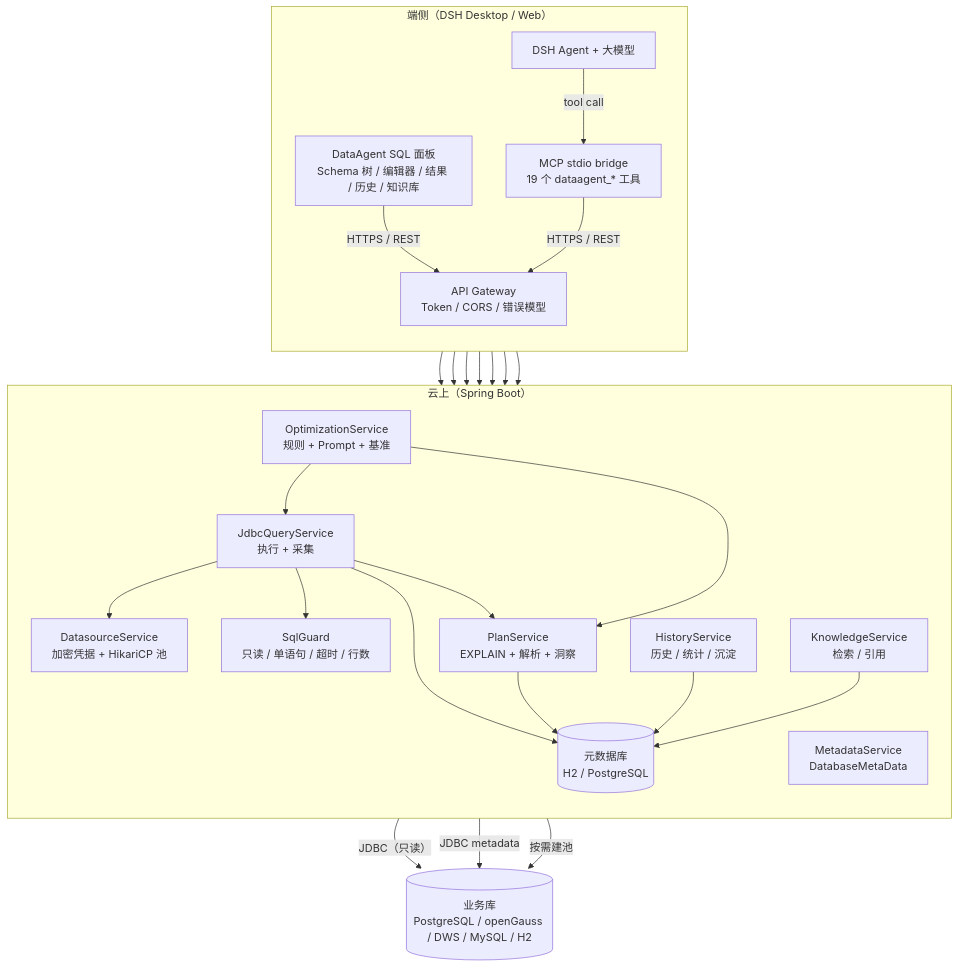
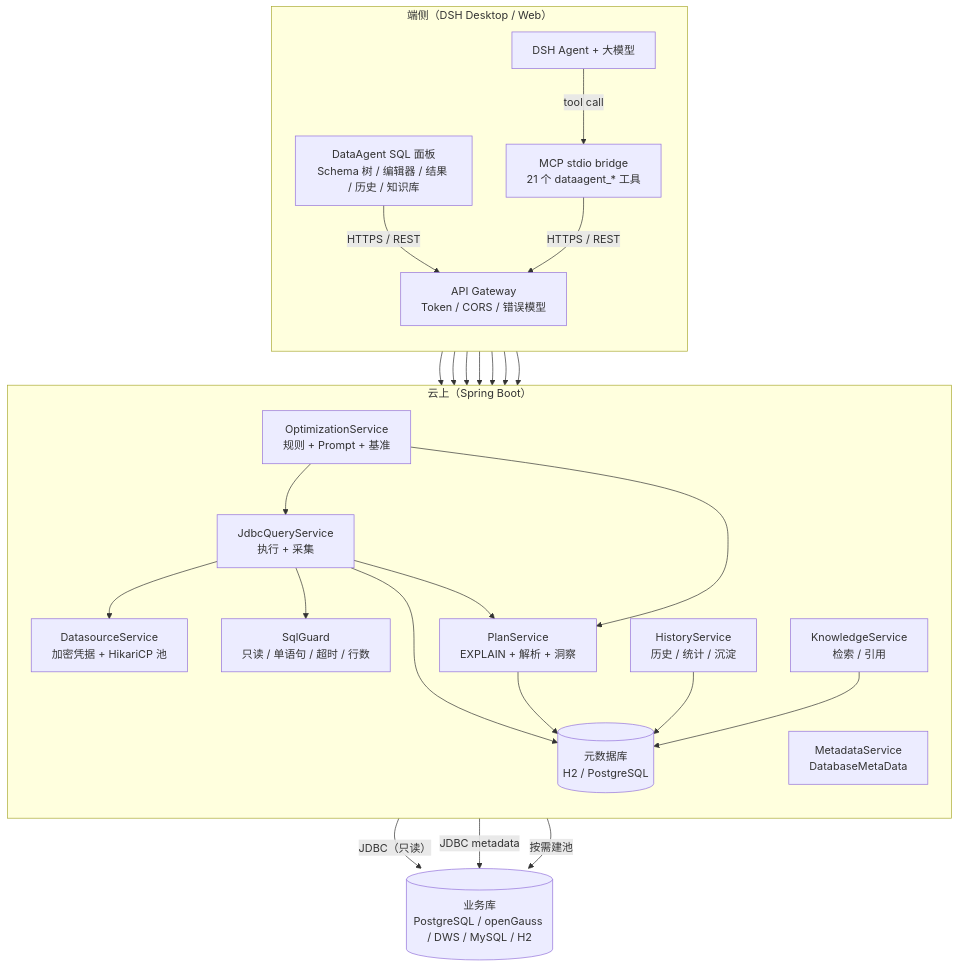
Before and after one commit to whllowp/DataAgent: the first of 6 diagrams in docs/ARCHITECTURE.md, drawn with Mermaid. The commit also changed other lines of this file and 29 other files, not shown here.

````diff
--- a/docs/ARCHITECTURE.md
+++ b/docs/ARCHITECTURE.md
@@ -25,47 +25,47 @@
 ```mermaid
 flowchart TB
   subgraph Edge["端侧（DSH Desktop / Web）"]
     direction TB
     Panel["DataAgent SQL 面板<br/>Schema 树 / 编辑器 / 结果 / 历史 / 知识库"]
     DSH["DSH Agent + 大模型"]
-    MCP["MCP stdio bridge<br/>19 个 dataagent_* 工具"]
+    MCP["MCP stdio bridge<br/>21 个 dataagent_* 工具"]
     Panel -->|"HTTPS / REST"| Gateway
     DSH -->|"tool call"| MCP
     MCP -->|"HTTPS / REST"| Gateway
   end
 
   subgraph Cloud["云上（Spring Boot）"]
     direction TB
     Gateway["API Gateway<br/>Token / CORS / 错误模型"]
     DS["DatasourceService<br/>加密凭据 + HikariCP 池"]
     Meta["MetadataService<br/>DatabaseMetaData"]
     Guard["SqlGuard<br/>只读 / 单语句 / 超时 / 行数"]
     Exec["JdbcQueryService<br/>执行 + 采集"]
     Plan["PlanService<br/>EXPLAIN + 解析 + 洞察"]
     Hist["HistoryService<br/>历史 / 统计 / 沉淀"]
     KB["KnowledgeService<br/>检索 / 引用"]
     Opt["OptimizationService<br/>规则 + Prompt + 基准"]
     Store[("元数据库<br/>H2 / PostgreSQL")]
     Gateway --> DS
     Gateway --> Meta
     Gateway --> Guard
     Gateway --> Exec
     Gateway --> Hist
     Gateway --> KB
     Gateway --> Opt
     Exec --> Guard
     Exec --> DS
     Exec --> Plan
     Exec --> Store
     Plan --> Store
     Hist --> Store
     KB --> Store
     Opt --> Exec
     Opt --> Plan
   end
 
   DB[("业务库<br/>PostgreSQL / openGauss / DWS / MySQL / H2")]
   Exec -->|"JDBC（只读）"| DB
   Meta -->|"JDBC metadata"| DB
   DS -->|"按需建池"| DB
 ```
````
